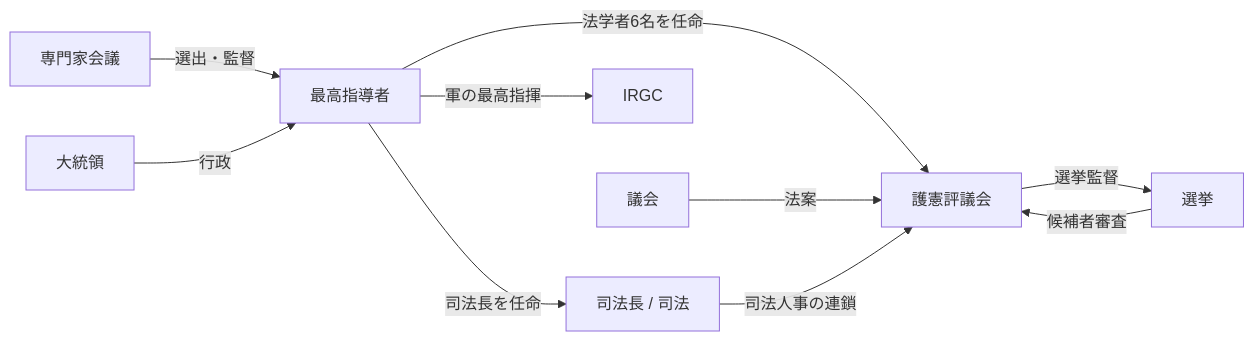
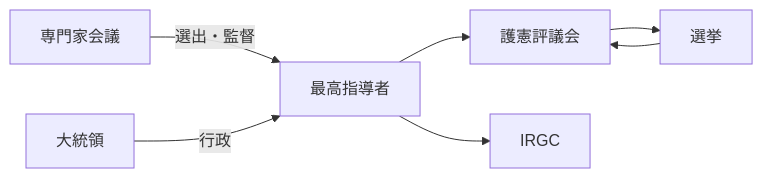
One commit to daylight55/research changed the third of 3 diagrams in src/content/blog/khomeini-to-khamenei-transition.mdx. Above: the diagram before and after it, drawn with Mermaid. The commit also changed other lines of this file and 20 other files, not shown here.

Commit message:
Mermaid図の表示サイズを調整

````diff
--- a/src/content/blog/khomeini-to-khamenei-transition.mdx
+++ b/src/content/blog/khomeini-to-khamenei-transition.mdx
@@ -108,21 +102,16 @@
 ```mermaid
 flowchart LR
     SL["最高指導者"]
     EXP["専門家会議"]
     GC["護憲評議会"]
-    JUD["司法長 / 司法"]
     IRGC["IRGC"]
     PRS["大統領"]
-    MAJ["議会"]
     ELEC["選挙"]
 
     EXP -->|選出・監督| SL
-    SL -->|法学者6名を任命| GC
-    SL -->|司法長を任命| JUD
-    SL -->|軍の最高指揮| IRGC
-    ELEC -->|候補者審査| GC
-    MAJ -->|法案| GC
+    SL --> GC
+    SL --> IRGC
+    ELEC --> GC
     PRS -->|行政| SL
-    GC -->|選挙監督| ELEC
-    JUD -->|司法人事の連鎖| GC
+    GC --> ELEC
 ```
````
